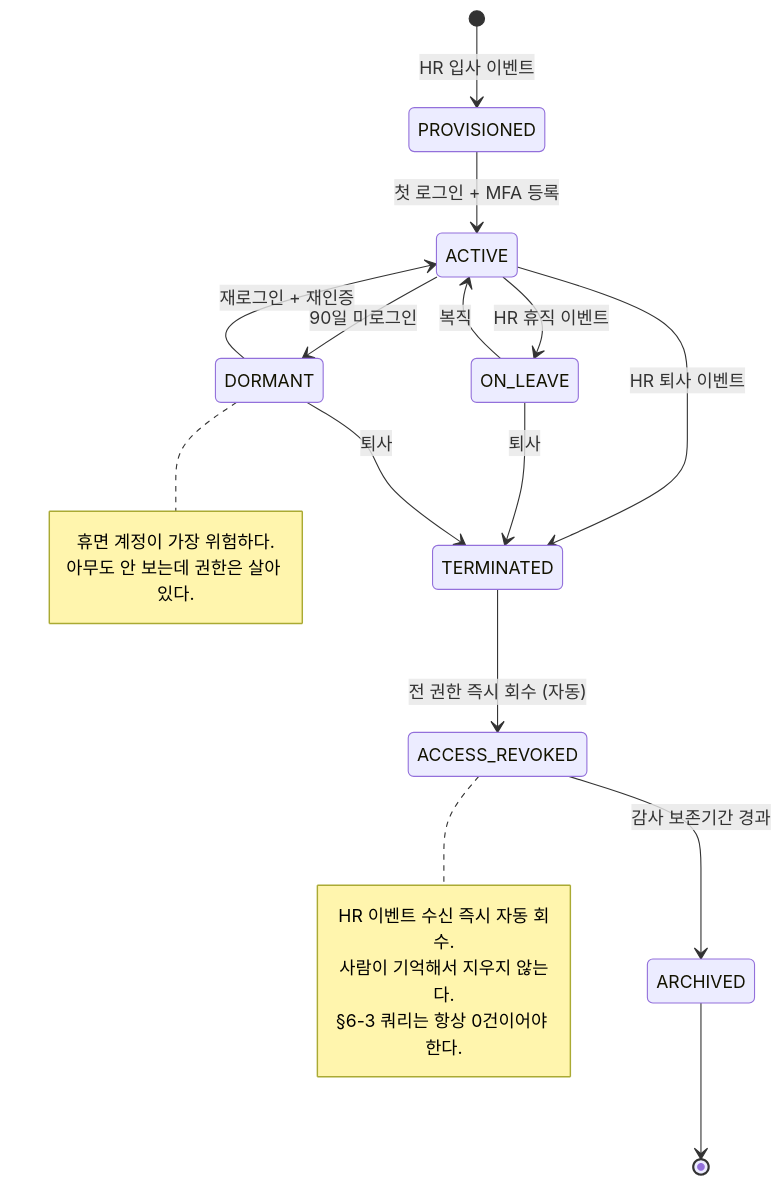
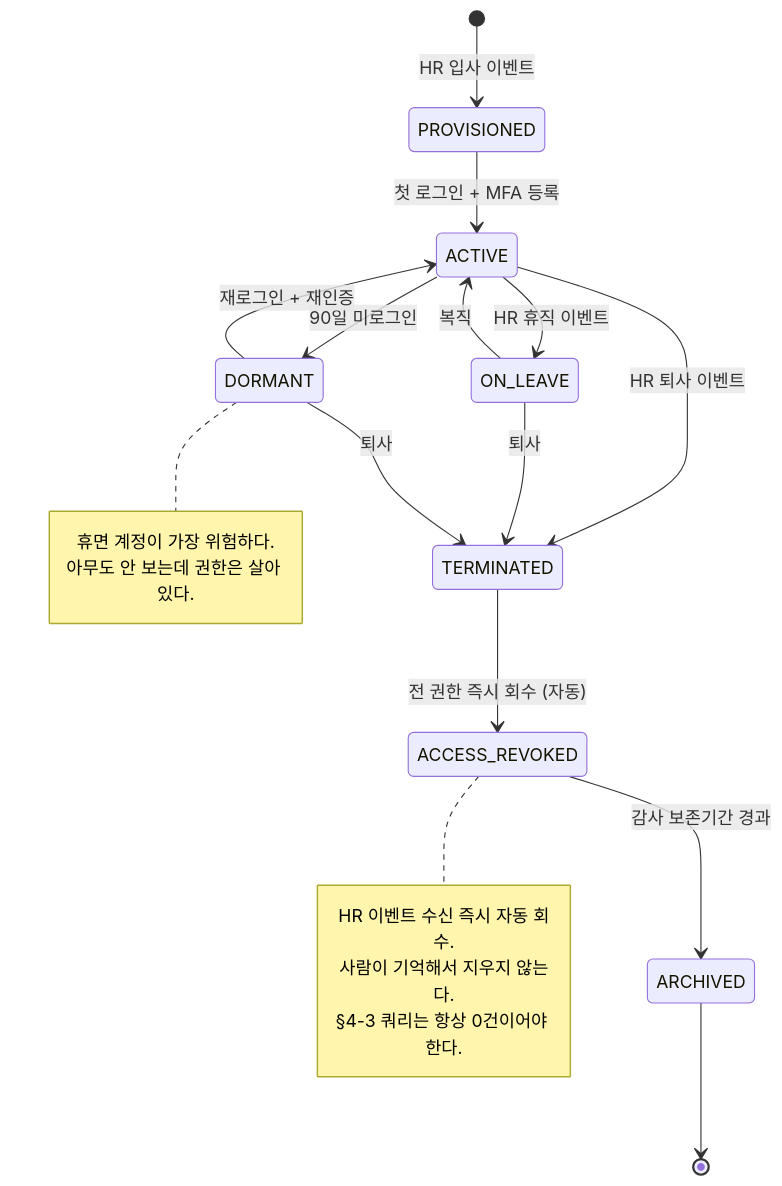
The seventh of 13 diagrams in pages/product-lead-loadmap/03_공통어드민.md (withwooyong/withwooyong.github.io), drawn with Mermaid before and after one commit. The commit also changed other lines of this file and 16 other files, not shown here.

````diff
--- a/pages/product-lead-loadmap/03_공통어드민.md
+++ b/pages/product-lead-loadmap/03_공통어드민.md
@@ -779,30 +674,30 @@
 ```mermaid
 stateDiagram-v2
     [*] --> PROVISIONED : HR 입사 이벤트
     PROVISIONED --> ACTIVE : 첫 로그인 + MFA 등록
 
     ACTIVE --> ON_LEAVE : HR 휴직 이벤트
     ON_LEAVE --> ACTIVE : 복직
 
     ACTIVE --> DORMANT : 90일 미로그인
     DORMANT --> ACTIVE : 재로그인 + 재인증
 
     ACTIVE --> TERMINATED : HR 퇴사 이벤트
     ON_LEAVE --> TERMINATED : 퇴사
     DORMANT --> TERMINATED : 퇴사
 
     TERMINATED --> ACCESS_REVOKED : 전 권한 즉시 회수 (자동)
     ACCESS_REVOKED --> ARCHIVED : 감사 보존기간 경과
     ARCHIVED --> [*]
 
     note right of ACCESS_REVOKED
         HR 이벤트 수신 즉시 자동 회수.
         사람이 기억해서 지우지 않는다.
-        §6-3 쿼리는 항상 0건이어야 한다.
+        §4-3 쿼리는 항상 0건이어야 한다.
     end note
 
     note right of DORMANT
         휴면 계정이 가장 위험하다.
         아무도 안 보는데 권한은 살아 있다.
     end note
 ```
````
